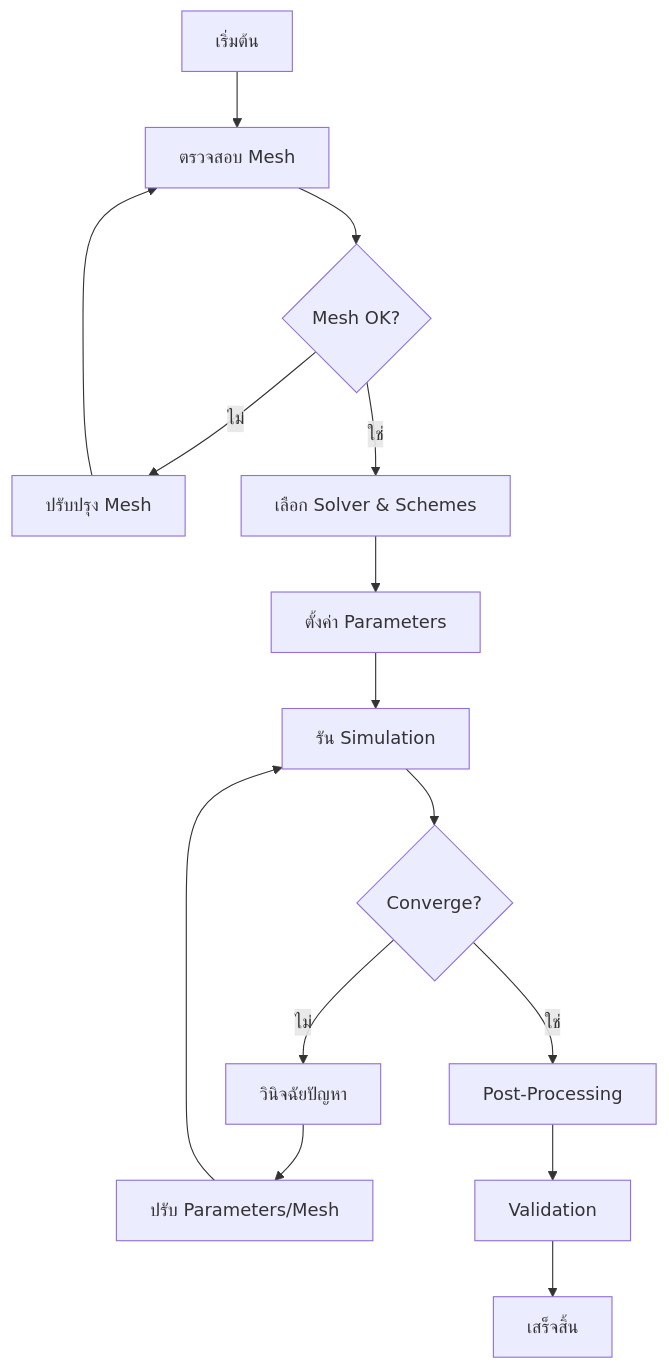
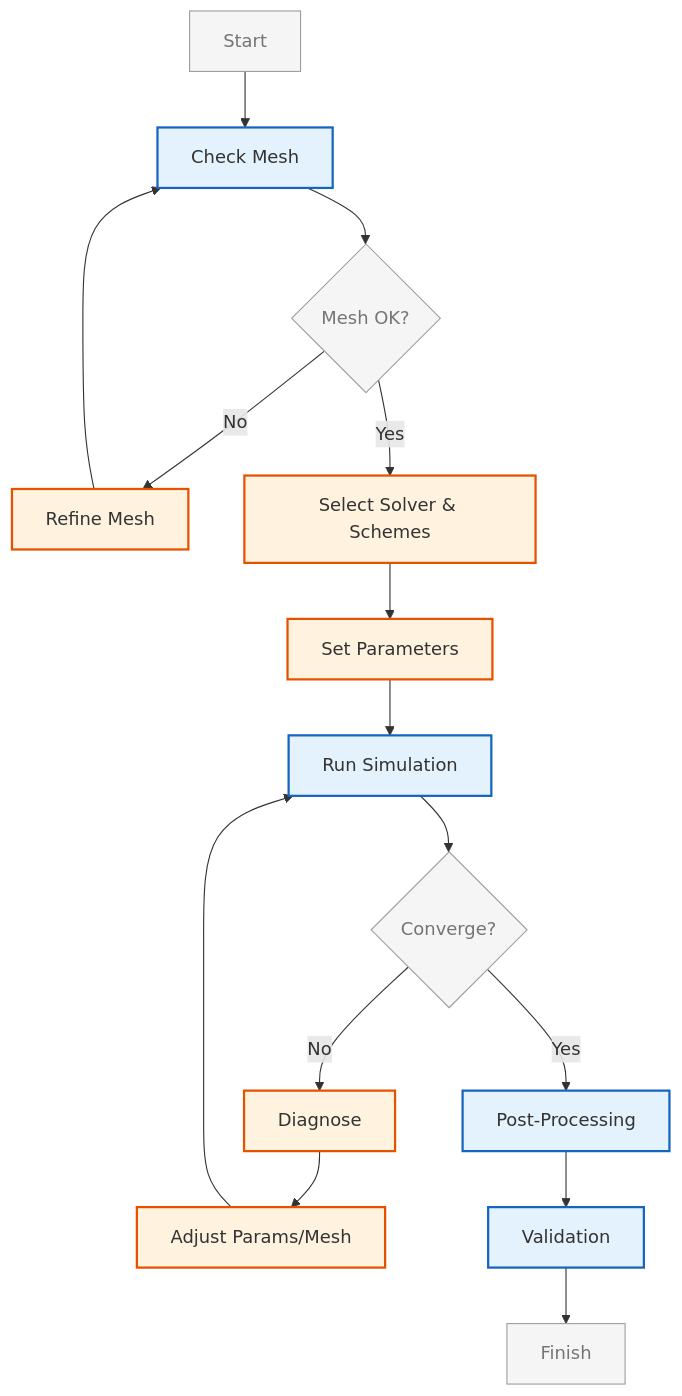
Before and after one commit to wramet/build-my-cfd: the second of 2 diagrams in MODULE_07_UTILITIES_AUTOMATION/CONTENT/08_EXPERT_UTILITIES/08_Best_Practices.md, drawn with Mermaid. The commit also changed other lines of this file and 313 other files, not shown here.

Commit message:
Revise all diagram

````diff
--- a/MODULE_07_UTILITIES_AUTOMATION/CONTENT/08_EXPERT_UTILITIES/08_Best_Practices.md
+++ b/MODULE_07_UTILITIES_AUTOMATION/CONTENT/08_EXPERT_UTILITIES/08_Best_Practices.md
@@ -1466,17 +1479,22 @@
 ```mermaid
 flowchart TD
-    A[เริ่มต้น] --> B[ตรวจสอบ Mesh]
-    B --> C{Mesh OK?}
-    C -->|ไม่| D[ปรับปรุง Mesh]
-    D --> B
-    C -->|ใช่| E[เลือก Solver & Schemes]
-    E --> F[ตั้งค่า Parameters]
-    F --> G[รัน Simulation]
-    G --> H{Converge?}
-    H -->|ไม่| I[วินิจฉัยปัญหา]
-    I --> J[ปรับ Parameters/Mesh]
-    J --> G
-    H -->|ใช่| K[Post-Processing]
-    K --> L[Validation]
-    L --> M[เสร็จสิ้น]
+%% Classes
+classDef explicit fill:#fff3e0,stroke:#e65100,stroke-width:2px;
+classDef implicit fill:#e3f2fd,stroke:#1565c0,stroke-width:2px;
+classDef context fill:#f5f5f5,stroke:#9e9e9e,stroke-width:1px,color:#757575;
+%% Nodes
+A[Start]:::context --> B[Check Mesh]:::implicit
+B --> C{Mesh OK?}:::context
+C -->|No| D[Refine Mesh]:::explicit
+D --> B
+C -->|Yes| E[Select Solver & Schemes]:::explicit
+E --> F[Set Parameters]:::explicit
+F --> G[Run Simulation]:::implicit
+G --> H{Converge?}:::context
+H -->|No| I[Diagnose]:::explicit
+I --> J[Adjust Params/Mesh]:::explicit
+J --> G
+H -->|Yes| K[Post-Processing]:::implicit
+K --> L[Validation]:::implicit
+L --> M[Finish]:::context
 ```
````
